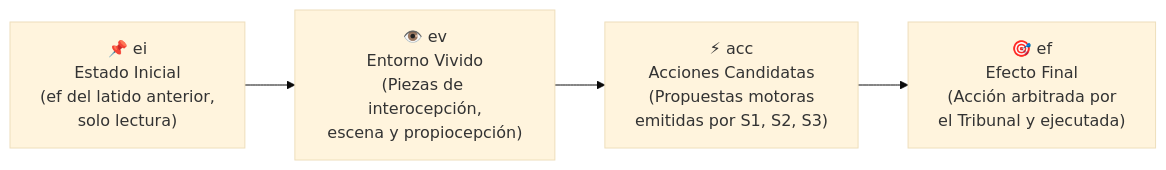
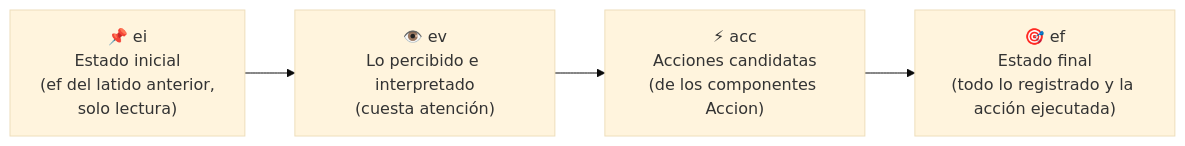
The second of 2 diagrams in doc-repositorio/02_ARQUITECTURA_Y_MECANISMO_VITAL.md (diegorodriguezreija/IdA), drawn with Mermaid (base theme) before and after one commit. The commit also changed other lines of this file and 1 other file, not shown here.

First line of the commit message:
docs: arquitectura y estado de la implementacion tras el rediseno de la base

````diff
--- a/doc-repositorio/02_ARQUITECTURA_Y_MECANISMO_VITAL.md
+++ b/doc-repositorio/02_ARQUITECTURA_Y_MECANISMO_VITAL.md
@@ -49,6 +65,6 @@
 ```mermaid
 flowchart LR
-    EI["📌 ei\nEstado Inicial\n(ef del latido anterior,\nsolo lectura)"] --> EV["👁️ ev\nEntorno Vivido\n(Piezas de interocepción,\nescena y propiocepción)"]
-    EV --> ACC["⚡ acc\nAcciones Candidatas\n(Propuestas motoras\nemitidas por S1, S2, S3)"]
-    ACC --> EF["🎯 ef\nEfecto Final\n(Acción arbitrada por\nel Tribunal y ejecutada)"]
+    EI["📌 ei\nEstado inicial\n(ef del latido anterior,\nsolo lectura)"] --> EV["👁️ ev\nLo percibido e interpretado\n(cuesta atención)"]
+    EV --> ACC["⚡ acc\nAcciones candidatas\n(de los componentes Accion)"]
+    ACC --> EF["🎯 ef\nEstado final\n(todo lo registrado y la acción ejecutada)"]
 ```
````
